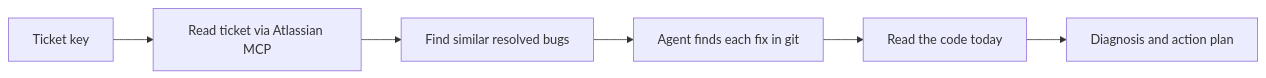
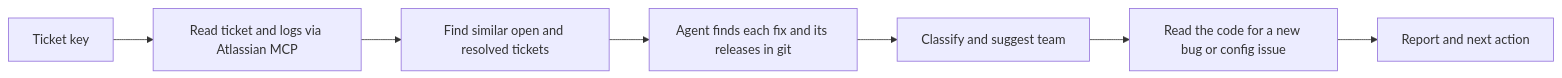
Before and after one commit to jhonatan-saints/claude-bug-diagnose: the diagram in README.md, drawn with Mermaid. The commit also changed other lines of this file and 7 other files, not shown here.

````diff
--- a/README.md
+++ b/README.md
@@ -51,8 +60,9 @@
 ```mermaid
 flowchart LR
-  A[Ticket key] --> B[Read ticket via Atlassian MCP]
-  B --> C[Find similar resolved bugs]
-  C --> D[Agent finds each fix in git]
-  D --> E[Read the code today]
-  E --> F[Diagnosis and action plan]
+  A[Ticket key] --> B[Read ticket and logs via Atlassian MCP]
+  B --> C[Find similar open and resolved tickets]
+  C --> D[Agent finds each fix and its releases in git]
+  D --> E[Classify and suggest team]
+  E --> F[Read the code for a new bug or config issue]
+  F --> G[Report and next action]
 ```
````
